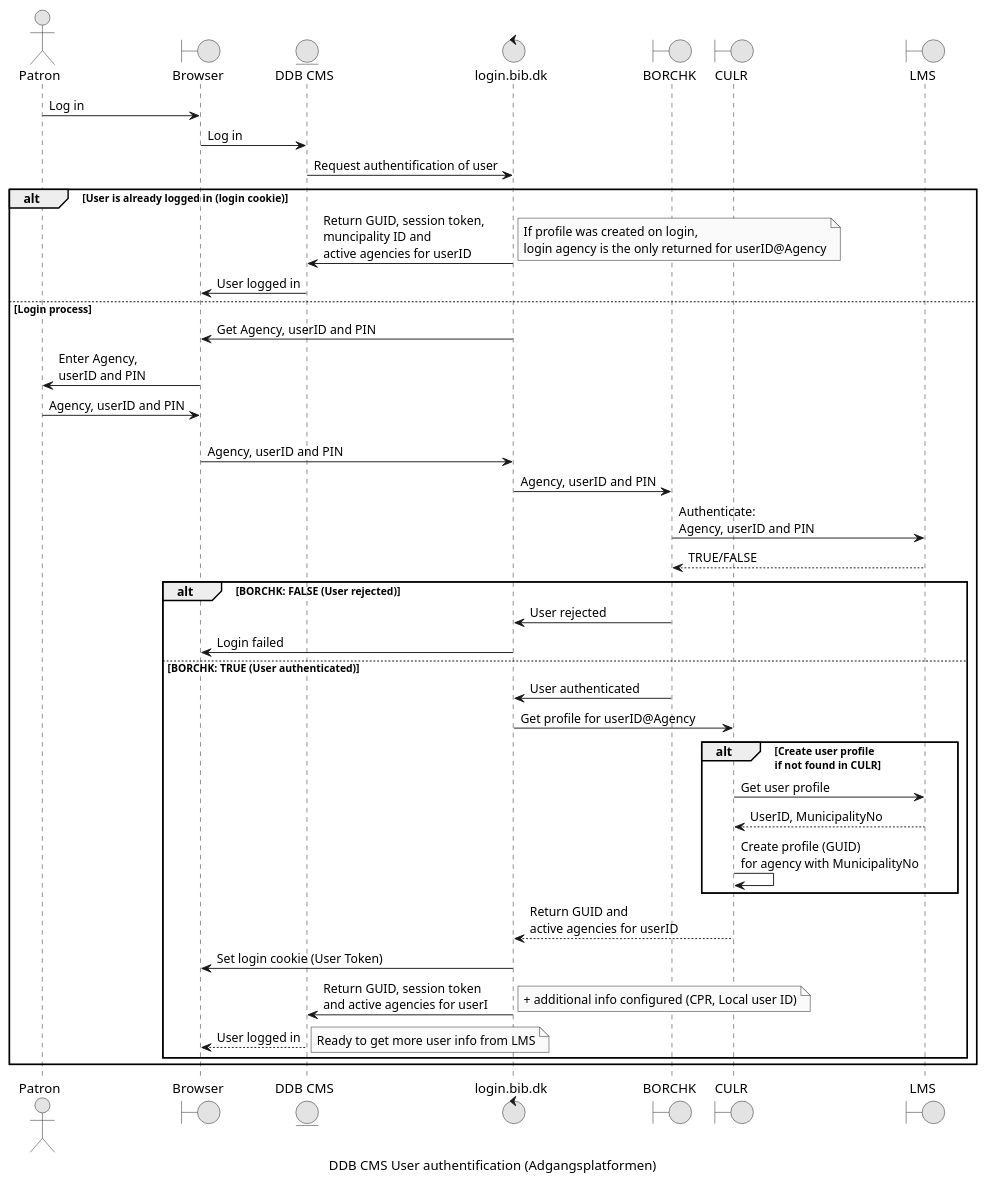
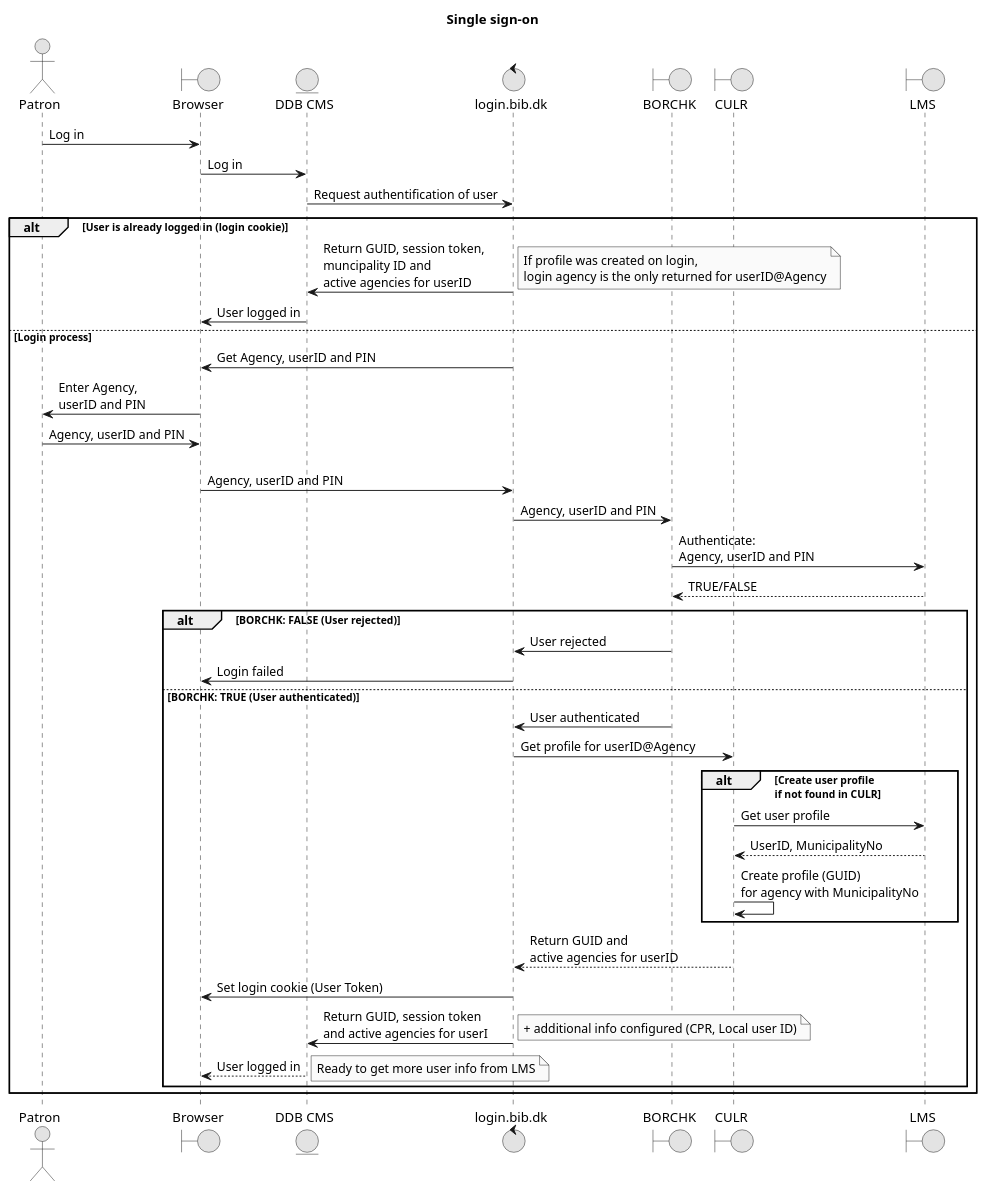
The diagram in docs/sso/singlesignon.puml (danskernesdigitalebibliotek/plantuml), drawn with PlantUML before and after one commit.

```diff
--- a/docs/sso/singlesignon.puml
+++ b/docs/sso/singlesignon.puml
@@ -1,58 +1,58 @@
 @startuml
-caption DDB CMS User authentification (Adgangsplatformen)
-'Single Sign On
+
+title Single sign-on
 
 ' Skinparams '
 skinparam monochrome true
 
 ' Participants
 actor Patron
 boundary Browser
 entity DDBCMS as "DDB CMS"
 control login.bib.dk /' "AccessPlatform" '/
 boundary BORCHK /' as "Borrower Check" '/
             
 boundary CULR
 boundary LMS /'as "Library Management System" '/
 
 Patron->Browser: Log in
 Browser->DDBCMS: Log in
 DDBCMS->login.bib.dk: Request authentification of user
 
 alt User is already logged in (login cookie)
     login.bib.dk->DDBCMS: Return GUID, session token, \nmuncipality ID and \nactive agencies for userID
             note right: If profile was created on login, \nlogin agency is the only returned for userID@Agency
     DDBCMS->Browser: User logged in
 else Login process
     login.bib.dk->Browser: Get Agency, userID and PIN
     Browser->Patron: Enter Agency,\nuserID and PIN
     Patron->Browser: Agency, userID and PIN
     Browser->login.bib.dk: \nAgency, userID and PIN
 
     login.bib.dk->BORCHK: Agency, userID and PIN
 
     BORCHK->LMS: Authenticate: \nAgency, userID and PIN
     LMS-->BORCHK: TRUE/FALSE
 
     alt BORCHK: FALSE (User rejected)
         BORCHK->login.bib.dk: User rejected
         login.bib.dk->Browser: Login failed
     else BORCHK: TRUE (User authenticated)
         BORCHK->login.bib.dk: User authenticated
         login.bib.dk->CULR: Get profile for userID@Agency
                                
             'note right: Profile with new GUID for userID@Agency \nis created if user not found in CULR. \nMuncipalityNo requested from LMS
             alt Create user profile \nif not found in CULR
                 CULR -> LMS: Get user profile
                 CULR <-- LMS: UserID, MunicipalityNo
                 CULR->CULR: Create profile (GUID) \nfor agency with MunicipalityNo
             end
         login.bib.dk<--CULR: Return GUID and \nactive agencies for userID
         login.bib.dk->Browser: Set login cookie (User Token)
         login.bib.dk->DDBCMS: Return GUID, session token\nand active agencies for userI
             note right:+ additional info configured (CPR, Local user ID)
         DDBCMS-->Browser: User logged in
             note right: Ready to get more user info from LMS
     end
 end
 @enduml
```
